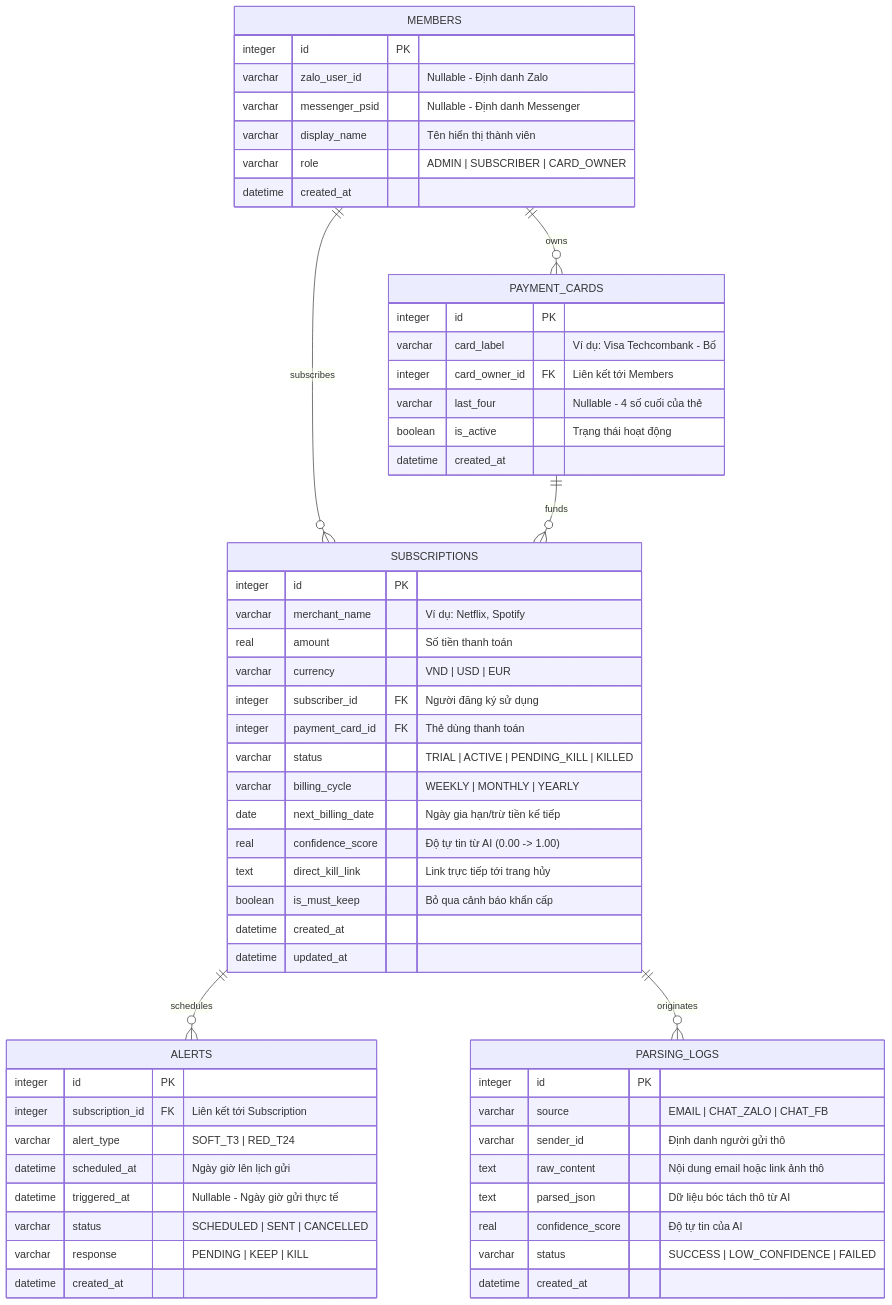
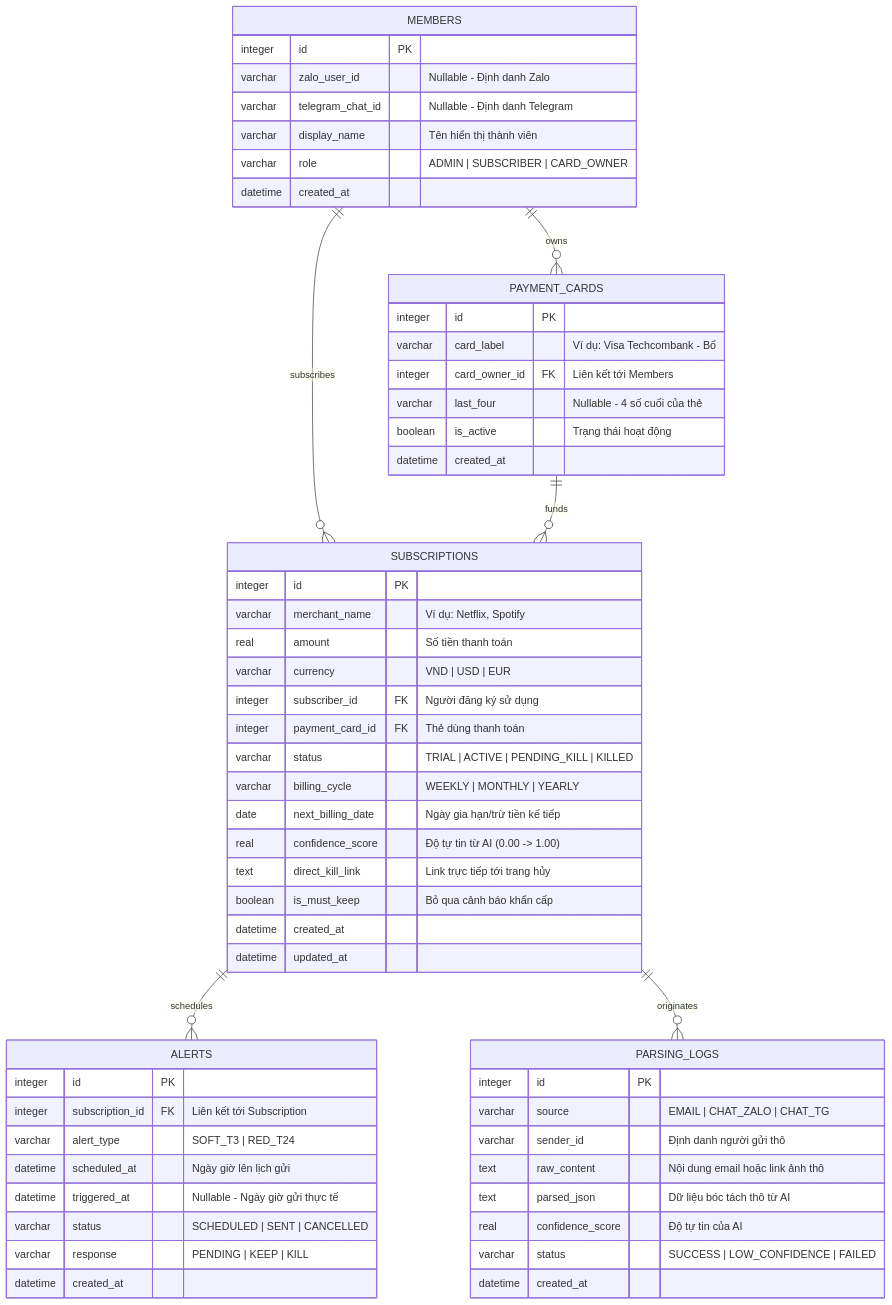
Before and after one commit to trinhquocthinh/Subsentry: the diagram in docs/model-erd.md, drawn with Mermaid. The commit also changed other lines of this file and 24 other files, not shown here.

````diff
--- a/docs/model-erd.md
+++ b/docs/model-erd.md
@@ -13,66 +13,66 @@
 ```mermaid
 erDiagram
     MEMBERS {
         integer id PK
         varchar zalo_user_id "Nullable - Định danh Zalo"
-        varchar messenger_psid "Nullable - Định danh Messenger"
+        varchar telegram_chat_id "Nullable - Định danh Telegram"
         varchar display_name "Tên hiển thị thành viên"
         varchar role "ADMIN | SUBSCRIBER | CARD_OWNER"
         datetime created_at
     }
 
     PAYMENT_CARDS {
         integer id PK
         varchar card_label "Ví dụ: Visa Techcombank - Bố"
         integer card_owner_id FK "Liên kết tới Members"
         varchar last_four "Nullable - 4 số cuối của thẻ"
         boolean is_active "Trạng thái hoạt động"
         datetime created_at
     }
 
     SUBSCRIPTIONS {
         integer id PK
         varchar merchant_name "Ví dụ: Netflix, Spotify"
         real amount "Số tiền thanh toán"
         varchar currency "VND | USD | EUR"
         integer subscriber_id FK "Người đăng ký sử dụng"
         integer payment_card_id FK "Thẻ dùng thanh toán"
         varchar status "TRIAL | ACTIVE | PENDING_KILL | KILLED"
         varchar billing_cycle "WEEKLY | MONTHLY | YEARLY"
         date next_billing_date "Ngày gia hạn/trừ tiền kế tiếp"
         real confidence_score "Độ tự tin từ AI (0.00 -> 1.00)"
         text direct_kill_link "Link trực tiếp tới trang hủy"
         boolean is_must_keep "Bỏ qua cảnh báo khẩn cấp"
         datetime created_at
         datetime updated_at
     }
 
     ALERTS {
         integer id PK
         integer subscription_id FK "Liên kết tới Subscription"
         varchar alert_type "SOFT_T3 | RED_T24"
         datetime scheduled_at "Ngày giờ lên lịch gửi"
         datetime triggered_at "Nullable - Ngày giờ gửi thực tế"
         varchar status "SCHEDULED | SENT | CANCELLED"
         varchar response "PENDING | KEEP | KILL"
         datetime created_at
     }
 
     PARSING_LOGS {
         integer id PK
-        varchar source "EMAIL | CHAT_ZALO | CHAT_FB"
+        varchar source "EMAIL | CHAT_ZALO | CHAT_TG"
         varchar sender_id "Định danh người gửi thô"
         text raw_content "Nội dung email hoặc link ảnh thô"
         text parsed_json "Dữ liệu bóc tách thô từ AI"
         real confidence_score "Độ tự tin của AI"
         varchar status "SUCCESS | LOW_CONFIDENCE | FAILED"
         datetime created_at
     }
 
     %% Relationships
     MEMBERS ||--o{ PAYMENT_CARDS : "owns"
     MEMBERS ||--o{ SUBSCRIPTIONS : "subscribes"
     PAYMENT_CARDS ||--o{ SUBSCRIPTIONS : "funds"
     SUBSCRIPTIONS ||--o{ ALERTS : "schedules"
     SUBSCRIPTIONS ||--o{ PARSING_LOGS : "originates"
 ```
````
